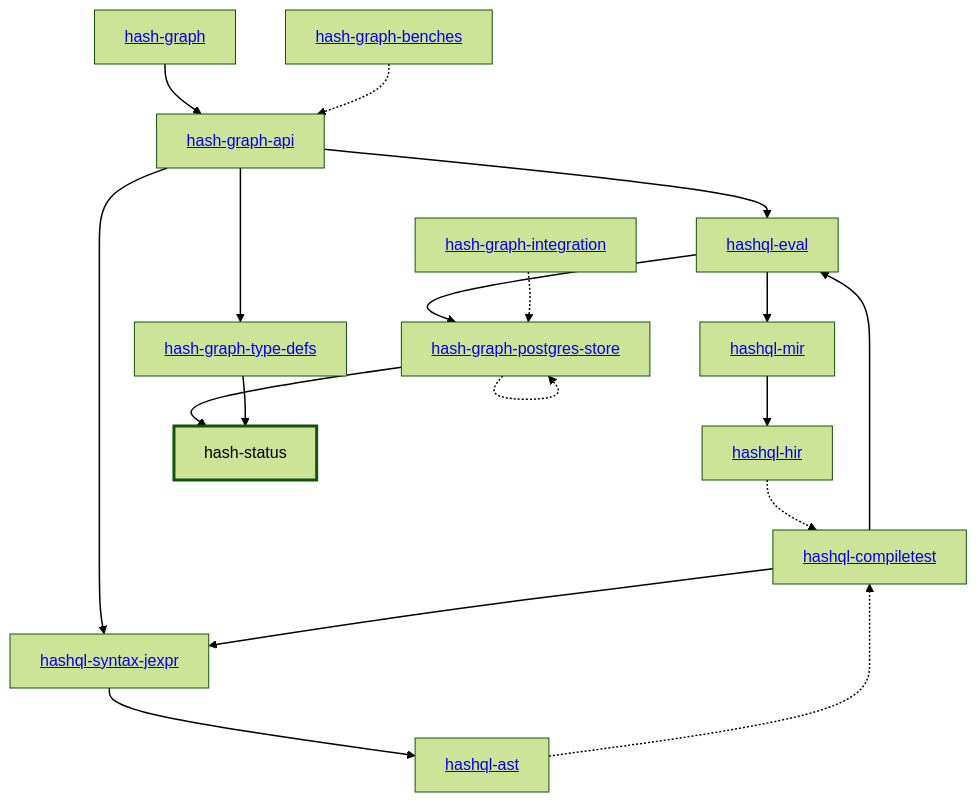
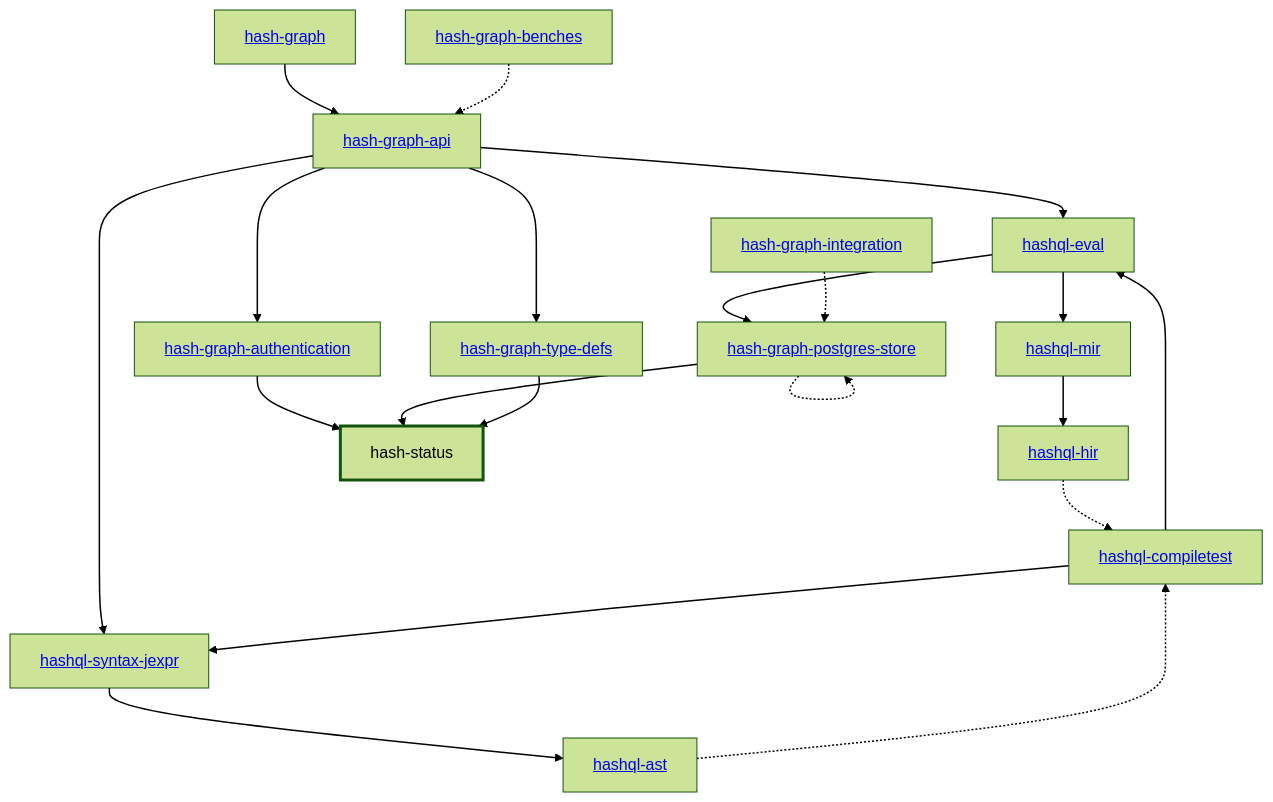
Before and after one commit to hashintel/hash: the diagram in libs/@local/status/rust/docs/dependency-diagram.mmd, drawn with Mermaid (forest theme). The commit also changed 12 other files, not shown here.

Commit message:
Generate dependency diagrams

```diff
--- a/libs/@local/status/rust/docs/dependency-diagram.mmd
+++ b/libs/@local/status/rust/docs/dependency-diagram.mmd
@@ -1,41 +1,44 @@
 graph TD
     linkStyle default stroke-width:1.5px
     classDef default stroke-width:1px
     classDef root stroke-width:3px
     classDef dev stroke-width:1px
     classDef build stroke-width:1px
     %% Legend
     %% --> : Normal dependency
     %% -.-> : Dev dependency
     %% ---> : Build dependency
     0[<a href="../hash_graph/index.html">hash-graph</a>]
     1[<a href="../hash_graph_api/index.html">hash-graph-api</a>]
-    2[<a href="../hash_graph_postgres_store/index.html">hash-graph-postgres-store</a>]
-    3[<a href="../hash_graph_type_defs/index.html">hash-graph-type-defs</a>]
-    4[<a href="../hashql_ast/index.html">hashql-ast</a>]
-    5[<a href="../hashql_compiletest/index.html">hashql-compiletest</a>]
-    6[<a href="../hashql_eval/index.html">hashql-eval</a>]
-    7[<a href="../hashql_hir/index.html">hashql-hir</a>]
-    8[<a href="../hashql_mir/index.html">hashql-mir</a>]
-    9[<a href="../hashql_syntax_jexpr/index.html">hashql-syntax-jexpr</a>]
-    10[hash-status]
-    class 10 root
-    11[<a href="../hash_graph_benches/index.html">hash-graph-benches</a>]
-    12[<a href="../hash_graph_integration/index.html">hash-graph-integration</a>]
+    2[<a href="../hash_graph_authentication/index.html">hash-graph-authentication</a>]
+    3[<a href="../hash_graph_postgres_store/index.html">hash-graph-postgres-store</a>]
+    4[<a href="../hash_graph_type_defs/index.html">hash-graph-type-defs</a>]
+    5[<a href="../hashql_ast/index.html">hashql-ast</a>]
+    6[<a href="../hashql_compiletest/index.html">hashql-compiletest</a>]
+    7[<a href="../hashql_eval/index.html">hashql-eval</a>]
+    8[<a href="../hashql_hir/index.html">hashql-hir</a>]
+    9[<a href="../hashql_mir/index.html">hashql-mir</a>]
+    10[<a href="../hashql_syntax_jexpr/index.html">hashql-syntax-jexpr</a>]
+    11[hash-status]
+    class 11 root
+    12[<a href="../hash_graph_benches/index.html">hash-graph-benches</a>]
+    13[<a href="../hash_graph_integration/index.html">hash-graph-integration</a>]
     0 --> 1
-    1 --> 3
-    1 --> 6
-    1 --> 9
-    2 -.-> 2
-    2 --> 10
-    3 --> 10
-    4 -.-> 5
-    5 --> 6
-    5 --> 9
-    6 --> 2
-    6 --> 8
-    7 -.-> 5
-    8 --> 7
-    9 --> 4
-    11 -.-> 1
-    12 -.-> 2
+    1 --> 2
+    1 --> 4
+    1 --> 7
+    1 --> 10
+    2 --> 11
+    3 -.-> 3
+    3 --> 11
+    4 --> 11
+    5 -.-> 6
+    6 --> 7
+    6 --> 10
+    7 --> 3
+    7 --> 9
+    8 -.-> 6
+    9 --> 8
+    10 --> 5
+    12 -.-> 1
+    13 -.-> 3
```
